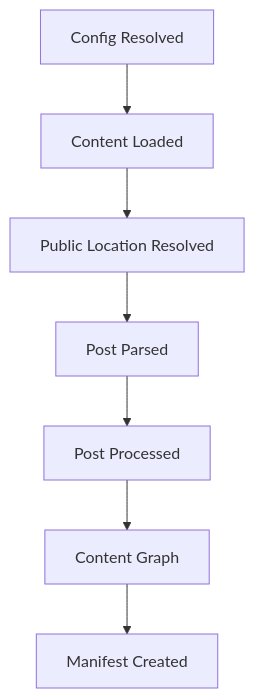
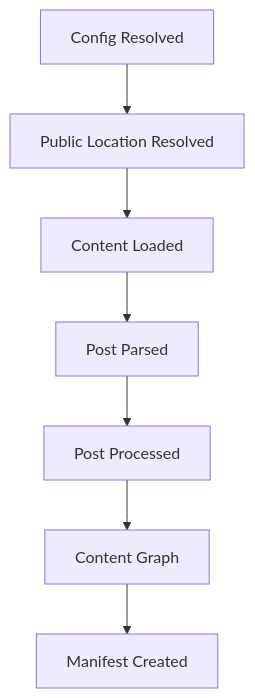
Before and after one commit to Rerurate514/riebeckite: the fifth of 15 diagrams in docs/ja/docs/framework/plugin-system.md, drawn with Mermaid. The commit also changed other lines of this file and 15 other files, not shown here.

````diff
--- a/docs/ja/docs/framework/plugin-system.md
+++ b/docs/ja/docs/framework/plugin-system.md
@@ -356,17 +356,17 @@
 ```mermaid id="47k3qg"
 flowchart TD
     Config["Config Resolved"]
     Loaded["Content Loaded"]
     Location["Public Location Resolved"]
     Parsed["Post Parsed"]
     Processed["Post Processed"]
     Graph["Content Graph"]
     Manifest["Manifest Created"]
 
-    Config --> Loaded
-    Loaded --> Location
-    Location --> Parsed
+    Config --> Location
+    Location --> Loaded
+    Loaded --> Parsed
     Parsed --> Processed
     Processed --> Graph
     Graph --> Manifest
 ```
````
